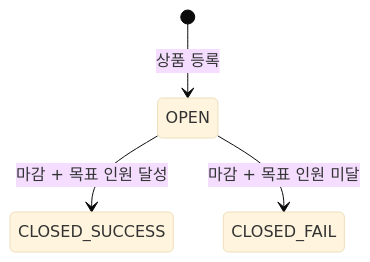
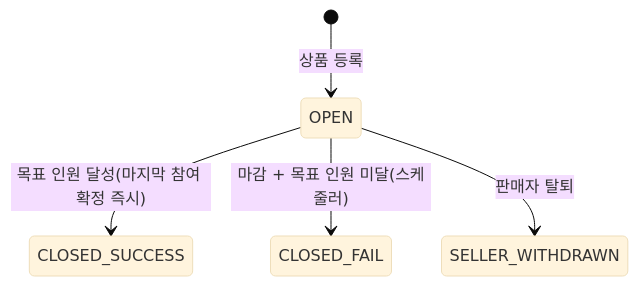
One commit to LimHyeongHo/yuhan_final_project changed the first of 5 diagrams in document/03_Design.md. Above: the diagram before and after it, drawn with Mermaid (base theme). The commit also changed other lines of this file and 4 other files, not shown here.

````diff
--- a/document/03_Design.md
+++ b/document/03_Design.md
@@ -26,6 +26,7 @@
 ```mermaid
 stateDiagram-v2
     [*] --> OPEN: 상품 등록
-    OPEN --> CLOSED_SUCCESS: 마감 + 목표 인원 달성
-    OPEN --> CLOSED_FAIL: 마감 + 목표 인원 미달
+    OPEN --> CLOSED_SUCCESS: 목표 인원 달성(마지막 참여 확정 즉시)
+    OPEN --> CLOSED_FAIL: 마감 + 목표 인원 미달(스케줄러)
+    OPEN --> SELLER_WITHDRAWN: 판매자 탈퇴
 ```
````
